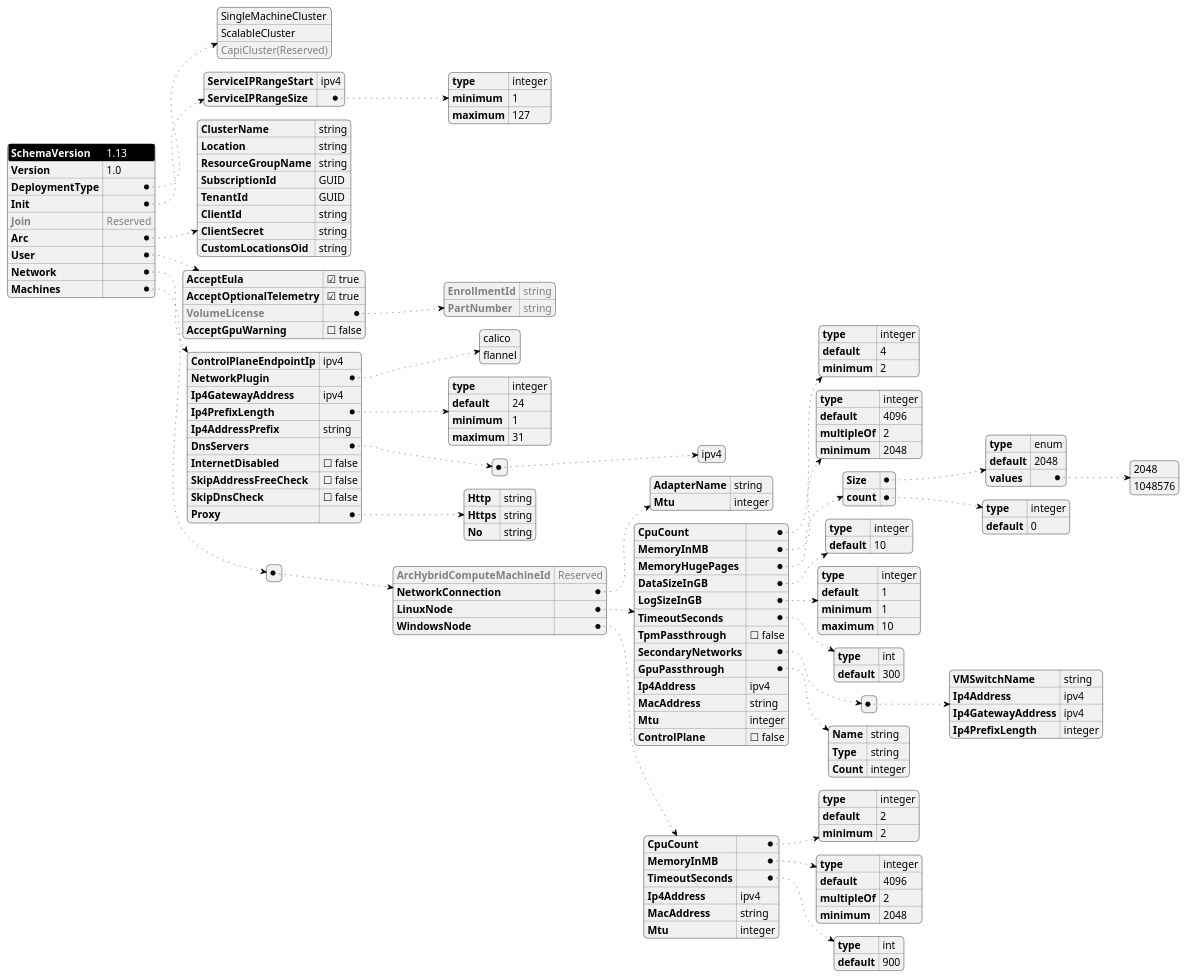
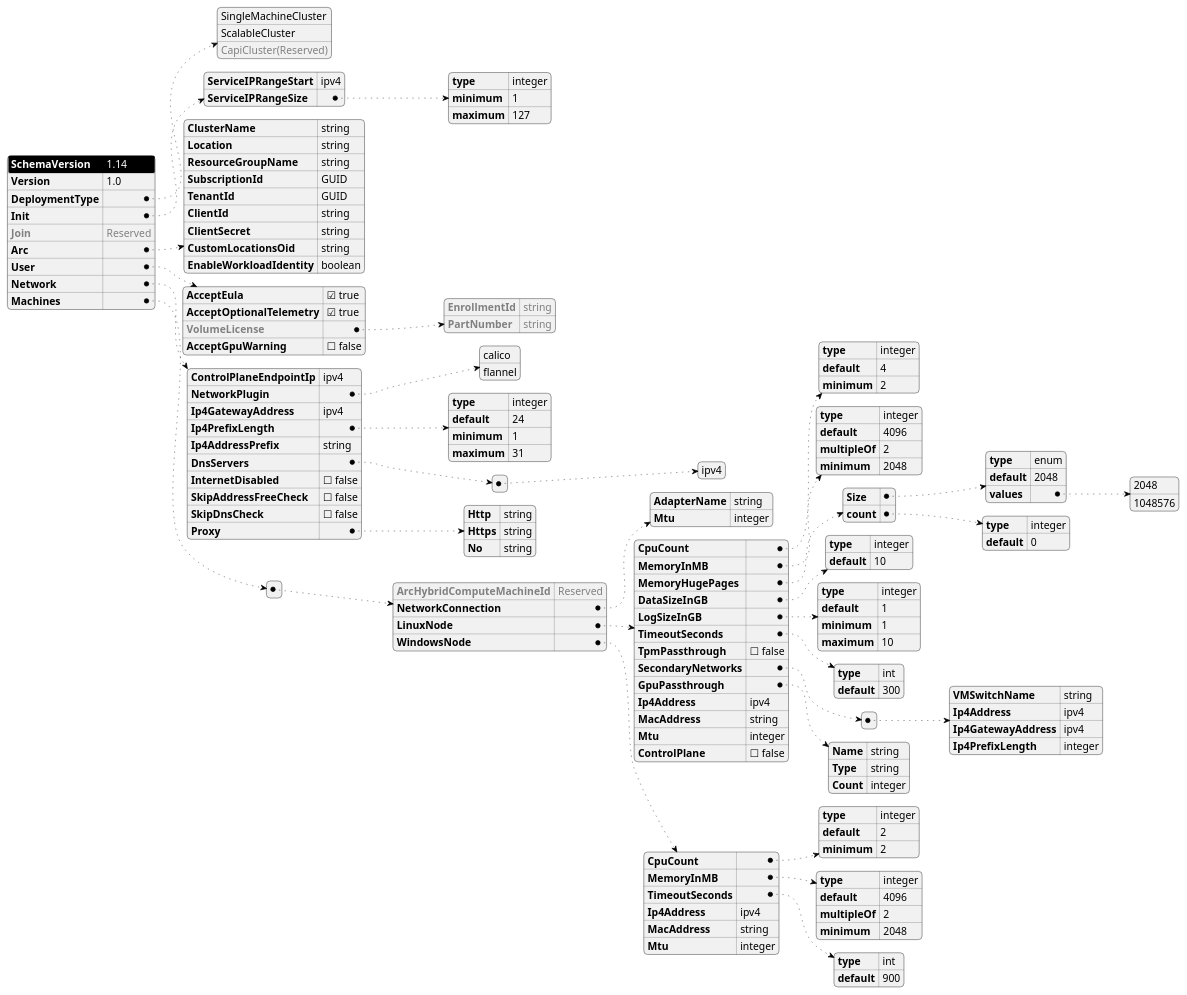
One commit to Azure/AKS-Edge changed the diagram in tools/modules/AksEdgeDeploy/aksedge-dc.puml. Above: the diagram before and after it, drawn with PlantUML. The commit also changed 10 other files, not shown here.

Commit message:
Update schema verison for Aug release. (#195)

```diff
--- a/tools/modules/AksEdgeDeploy/aksedge-dc.puml
+++ b/tools/modules/AksEdgeDeploy/aksedge-dc.puml
@@ -1,167 +1,168 @@
 @startjson AksEdgeSchema
 <style>
 jsonDiagram {
     node {
         FontSize 14
         RoundCorner 10
         LineThickness 0.5
         separator {
             LineThickness 0.25
         }
     }
     arrow {
         LineThickness 0.5
         LineStyle 2,6
     }
     highlight {
         BackgroundColor black
         FontColor White
     }
 }
 </style>
 #highlight "SchemaVersion"
 {
-    "SchemaVersion": "1.13",
+    "SchemaVersion": "1.14",
     "Version": "1.0",
     "DeploymentType": [
             "SingleMachineCluster",
             "ScalableCluster",
             "<color:gray>CapiCluster(Reserved)"
     ],
     "Init": {
         "ServiceIPRangeStart": "ipv4",
         "ServiceIPRangeSize": {
             "type": "integer",
             "minimum" : 1,
             "maximum" : 127
         }
     },
     "<color:gray>Join":"<color:gray>Reserved",
     "Arc": {
         "ClusterName": "string",
         "Location": "string",
         "ResourceGroupName": "string",
         "SubscriptionId": "GUID",
         "TenantId": "GUID",
         "ClientId": "string",
         "ClientSecret": "string",
-        "CustomLocationsOid": "string"
+        "CustomLocationsOid": "string",
+        "EnableWorkloadIdentity": "boolean"
     },
     "User": {
         "AcceptEula": true,
         "AcceptOptionalTelemetry": true,
         "<color:gray>VolumeLicense":{
             "<color:gray>EnrollmentId":"<color:gray>string",
             "<color:gray>PartNumber":"<color:gray>string"
         },
         "AcceptGpuWarning": false
     },
     "Network": {
         "ControlPlaneEndpointIp": "ipv4",
         "NetworkPlugin": [
                 "calico",
                 "flannel"
         ],
         "Ip4GatewayAddress": "ipv4",
         "Ip4PrefixLength": {
             "type": "integer",
             "default": 24,
             "minimum": 1,
             "maximum": 31
         },
         "Ip4AddressPrefix":"string",
         "DnsServers": [["ipv4"]],
         "InternetDisabled": false,
         "SkipAddressFreeCheck":false,
         "SkipDnsCheck":false,
         "Proxy": {
             "Http":"string",
             "Https":"string",
             "No":"string"
         }
     },
     "Machines":[{
         "<color:gray>ArcHybridComputeMachineId":"<color:gray>Reserved",
         "NetworkConnection":{
             "AdapterName":"string",
             "Mtu":"integer"
         },
         "LinuxNode":{
             "CpuCount": {
                 "type": "integer",
                 "default": 4,
                 "minimum": 2
             },
             "MemoryInMB": {
                 "type": "integer",
                 "default": 4096,
                 "multipleOf": 2,
                 "minimum": 2048
             },
             "MemoryHugePages": {
                 "Size": {
                     "type": "enum",
                     "default": 2048,
                     "values": [2048,1048576]
                 },
                 "count": {
                     "type": "integer",
                     "default": 0
                 }
             },
             "DataSizeInGB": {
                 "type": "integer",
                 "default": 10
             },
             "LogSizeInGB": {
                 "type": "integer",
                 "default": 1,
                 "minimum" : 1,
                 "maximum" : 10
             },
             "TimeoutSeconds": {
                 "type": "int",
                 "default": 300
             },
             "TpmPassthrough": false,
             "SecondaryNetworks": [
                 {
                     "VMSwitchName" : "string",
                     "Ip4Address": "ipv4",
                     "Ip4GatewayAddress": "ipv4",
                     "Ip4PrefixLength": "integer"
                 }
             ],
             "GpuPassthrough": {
                 "Name": "string",
                 "Type": "string",
                 "Count": "integer"
             },
             "Ip4Address": "ipv4",
             "MacAddress": "string",
             "Mtu": "integer",
             "ControlPlane" : false
         },
         "WindowsNode":{
             "CpuCount": {
                 "type": "integer",
                 "default": 2,
                 "minimum": 2
             },
             "MemoryInMB": {
                 "type": "integer",
                 "default": 4096,
                 "multipleOf": 2,
                 "minimum": 2048
             },
             "TimeoutSeconds": {
                 "type": "int",
                 "default": 900
             },
             "Ip4Address": "ipv4",
             "MacAddress": "string",
             "Mtu": "integer"
         }
     }]
 }
 @endjson
```
